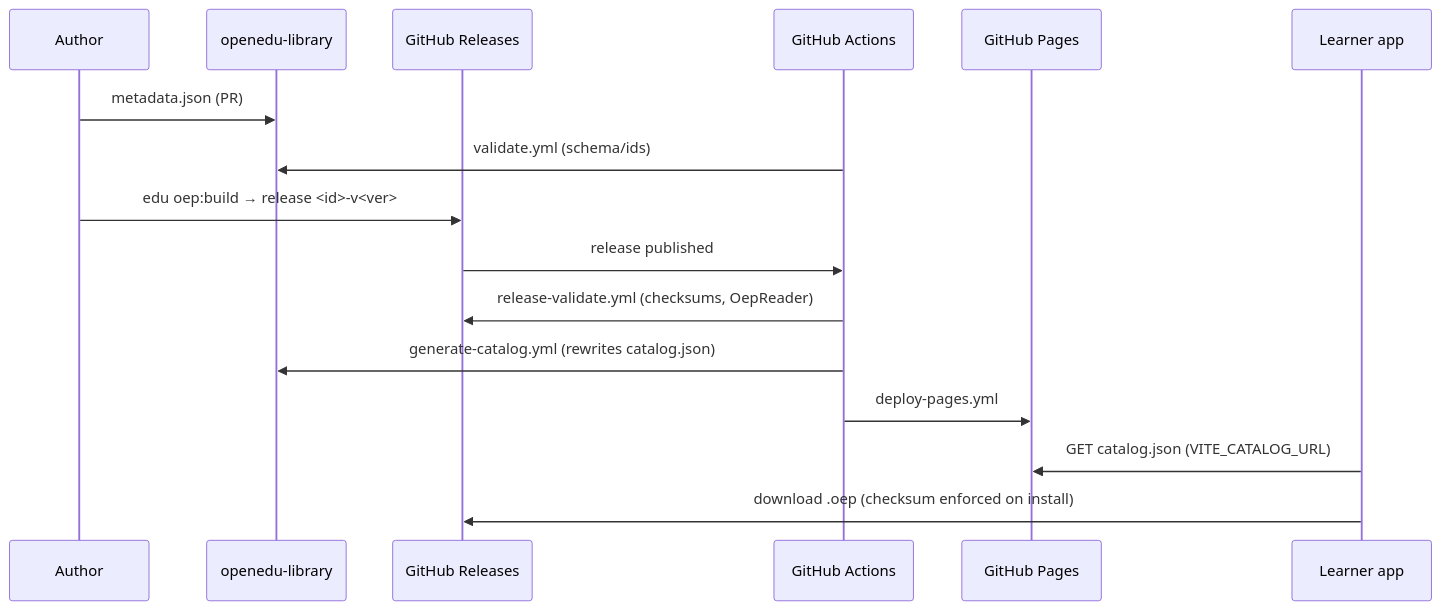
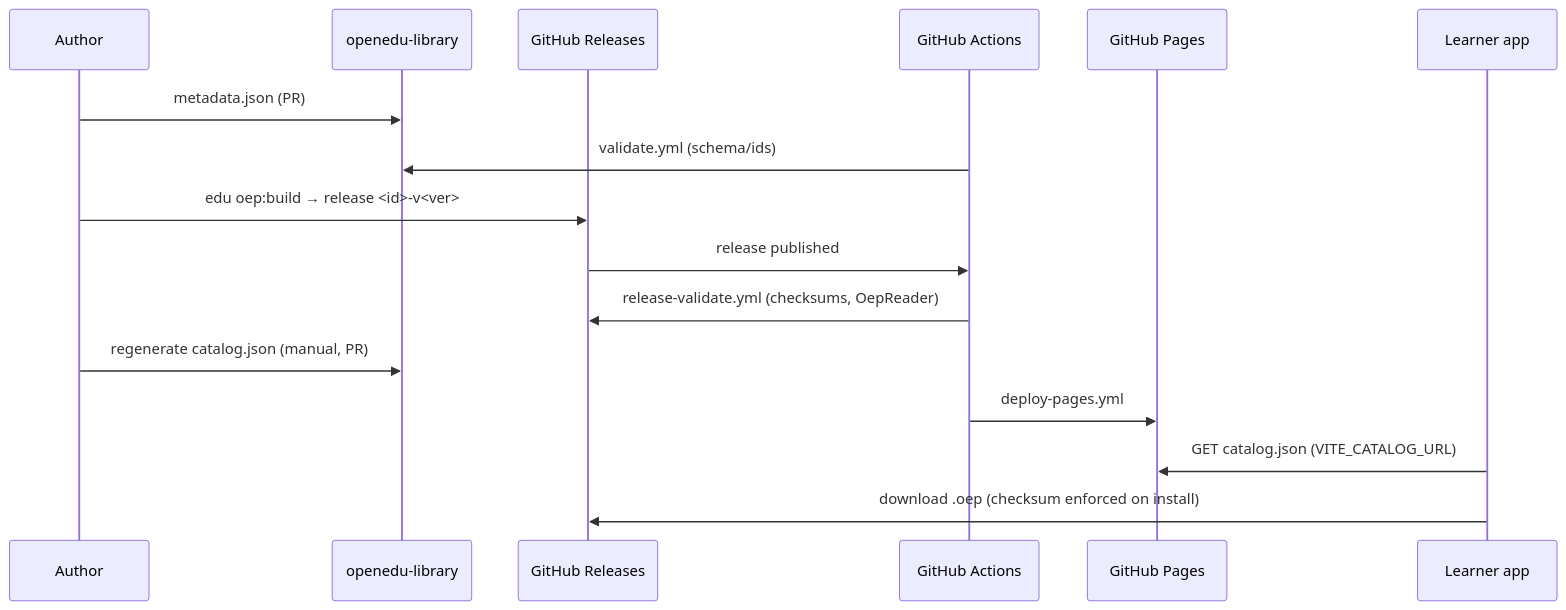
Before and after one commit to spatnaik1982/openedu-library: the diagram in docs/ARCHITECTURE.md, drawn with Mermaid. The commit also changed other lines of this file and 5 other files, not shown here.

Commit message:
docs: catalog generation is now a manual process

````diff
--- a/docs/ARCHITECTURE.md
+++ b/docs/ARCHITECTURE.md
@@ -27,19 +27,19 @@
 ```mermaid
 sequenceDiagram
     participant A as Author
     participant R as openedu-library
     participant GH as GitHub Releases
     participant CI as GitHub Actions
     participant P as GitHub Pages
     participant L as Learner app
 
     A->>R: metadata.json (PR)
     CI->>R: validate.yml (schema/ids)
     A->>GH: edu oep:build → release <id>-v<ver>
     GH->>CI: release published
     CI->>GH: release-validate.yml (checksums, OepReader)
-    CI->>R: generate-catalog.yml (rewrites catalog.json)
+    A->>R: regenerate catalog.json (manual, PR)
     CI->>P: deploy-pages.yml
     L->>P: GET catalog.json (VITE_CATALOG_URL)
     L->>GH: download .oep (checksum enforced on install)
 ```
````
